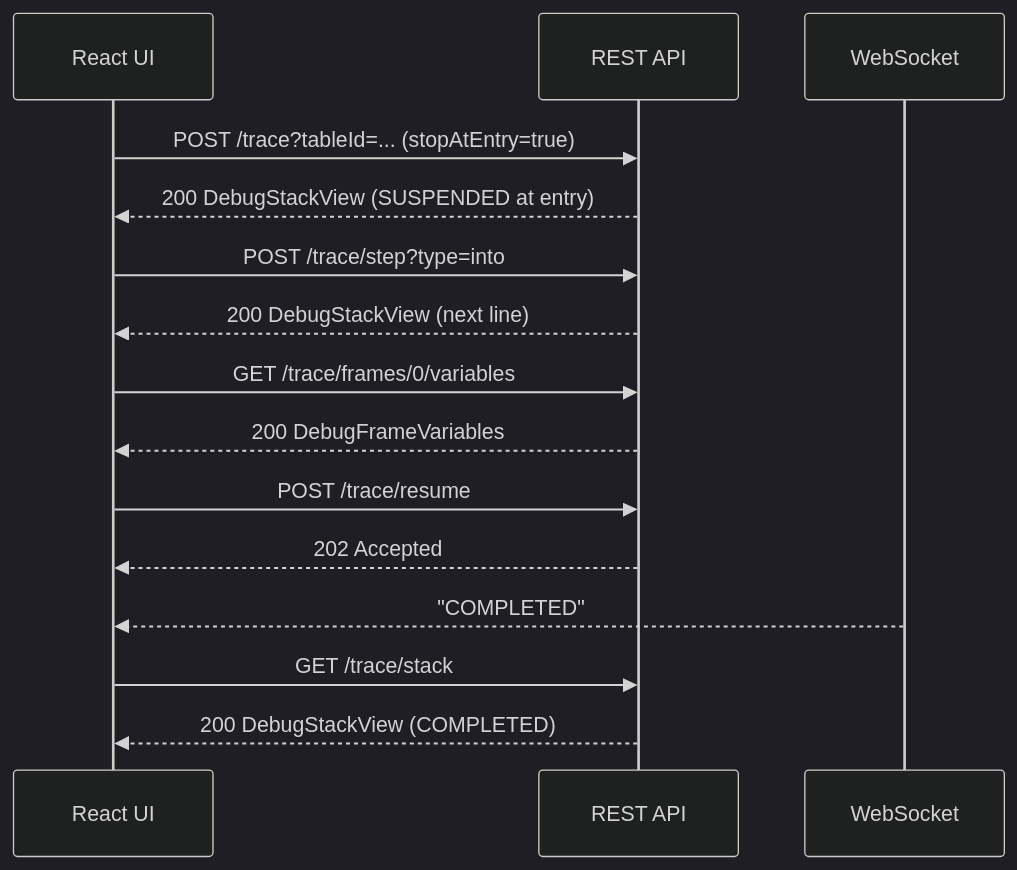
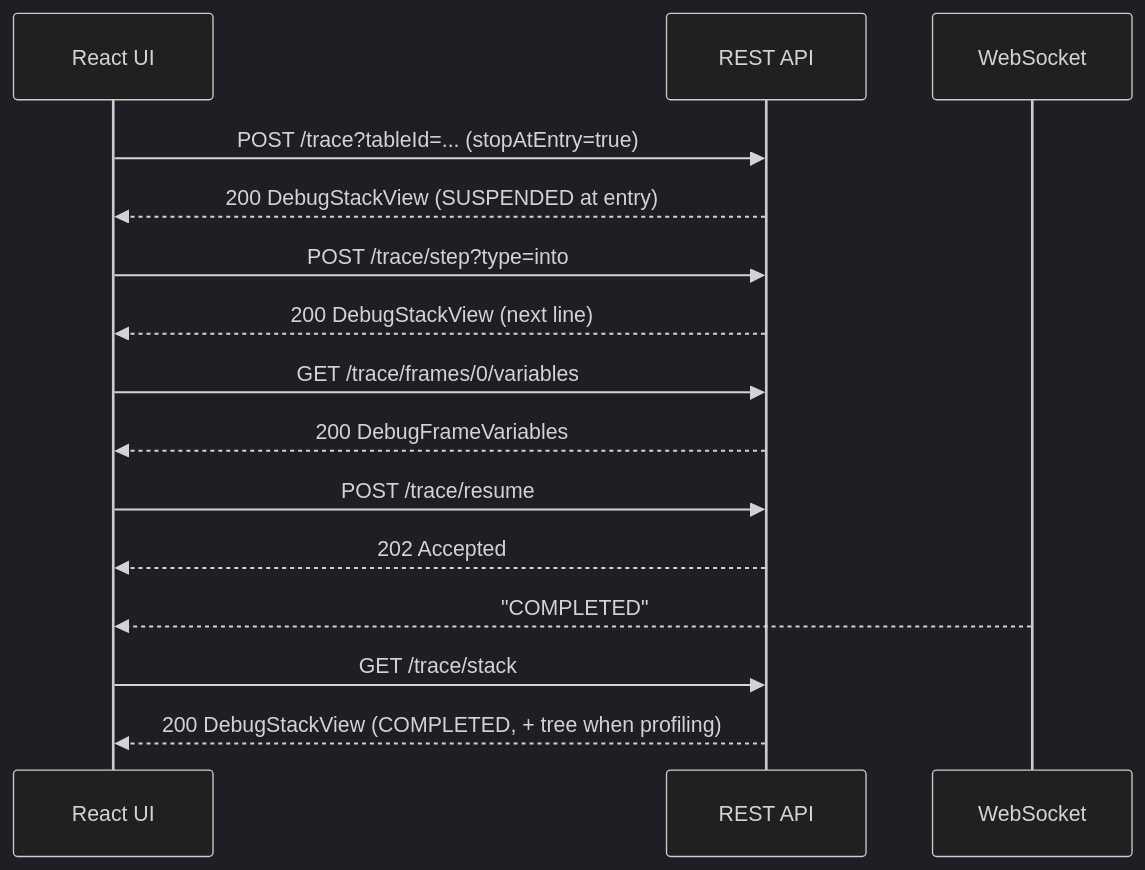
Before and after one commit to openl-tablets/openl-tablets: the second of 2 diagrams in Docs/api/projects-trace-api.md, drawn with Mermaid (dark theme). The commit also changed other lines of this file and 3 other files, not shown here.

````diff
--- a/Docs/api/projects-trace-api.md
+++ b/Docs/api/projects-trace-api.md
@@ -388,18 +542,18 @@
 ```mermaid
 sequenceDiagram
     participant UI as React UI
     participant API as REST API
     participant WS as WebSocket
 
     UI->>API: POST /trace?tableId=... (stopAtEntry=true)
     API-->>UI: 200 DebugStackView (SUSPENDED at entry)
     UI->>API: POST /trace/step?type=into
     API-->>UI: 200 DebugStackView (next line)
     UI->>API: GET /trace/frames/0/variables
     API-->>UI: 200 DebugFrameVariables
     UI->>API: POST /trace/resume
     API-->>UI: 202 Accepted
     WS-->>UI: "COMPLETED"
     UI->>API: GET /trace/stack
-    API-->>UI: 200 DebugStackView (COMPLETED)
+    API-->>UI: 200 DebugStackView (COMPLETED, + tree when profiling)
 ```
````
